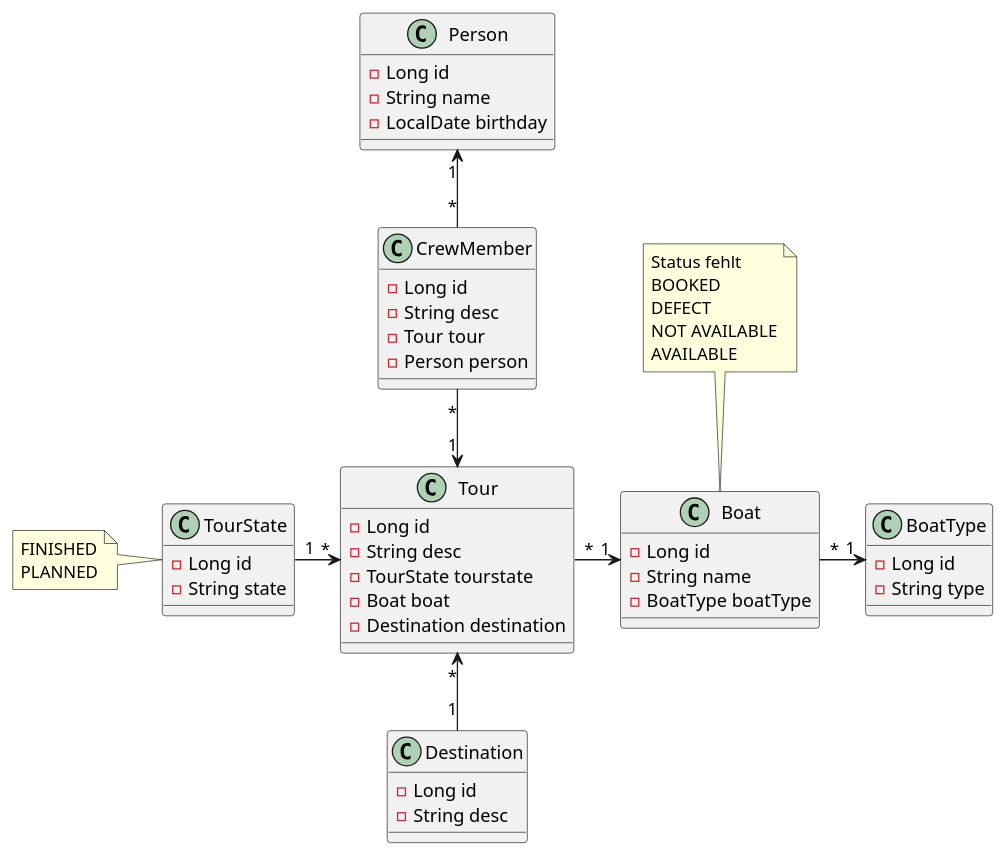
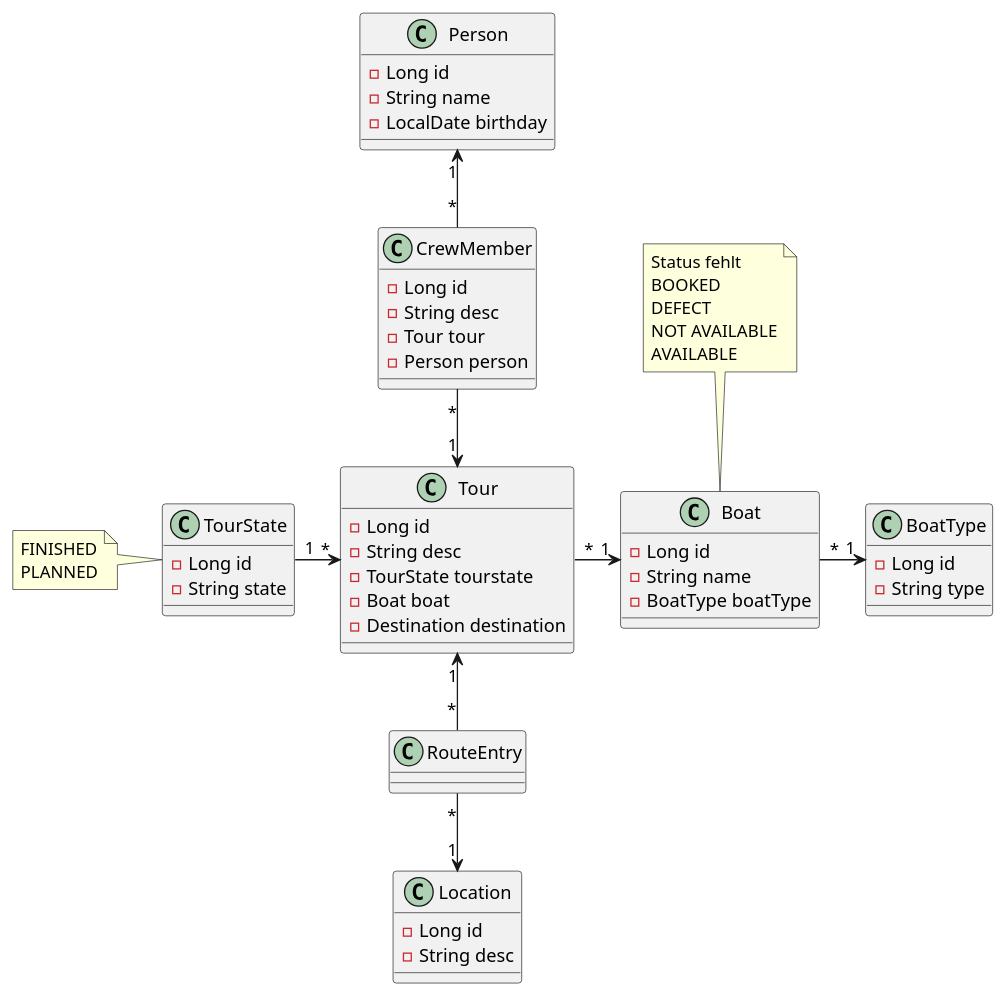
One commit to htl-leonding-project/tour-logger changed the diagram in asciidocs/plantuml/class-diagram.puml. Above: the diagram before and after it, drawn with PlantUML.

Commit message:
document review 2021-02-10 pallitsch-infanger,stuetz

```diff
--- a/asciidocs/plantuml/class-diagram.puml
+++ b/asciidocs/plantuml/class-diagram.puml
@@ -1,56 +1,59 @@
 @startuml
 
 class Person {
 - Long id
 - String name
 - LocalDate birthday
 }
 
 class CrewMember {
 - Long id
 - String desc
 - Tour tour
 - Person person
 }
 
 class Tour {
 - Long id
 - String desc
 - TourState tourstate
 - Boat boat
 - Destination destination
 }
 
+class RouteEntry
+
 class TourState {
 - Long id
 - String state
 }
 
 note left: FINISHED\nPLANNED
 
-class Destination {
+class Location {
 - Long id
 - String desc
 }
 
 class Boat {
 - Long id
 - String name
 - BoatType boatType
 }
 
 note top: Status fehlt\nBOOKED\nDEFECT\nNOT AVAILABLE\nAVAILABLE
 
 class BoatType {
 - Long id
 - String type
 }
 
 Person "1" <-- "*" CrewMember
 CrewMember "*" --> "1" Tour
 TourState "1" -right-> "*" Tour
-Destination "1" -up-> "*" Tour
+Location "1" <-up- "*" RouteEntry
+RouteEntry "*" -up-> "1" Tour
 Tour "*" -right-> "1" Boat
 Boat "*" -right-> "1" BoatType
 
 @enduml
```
